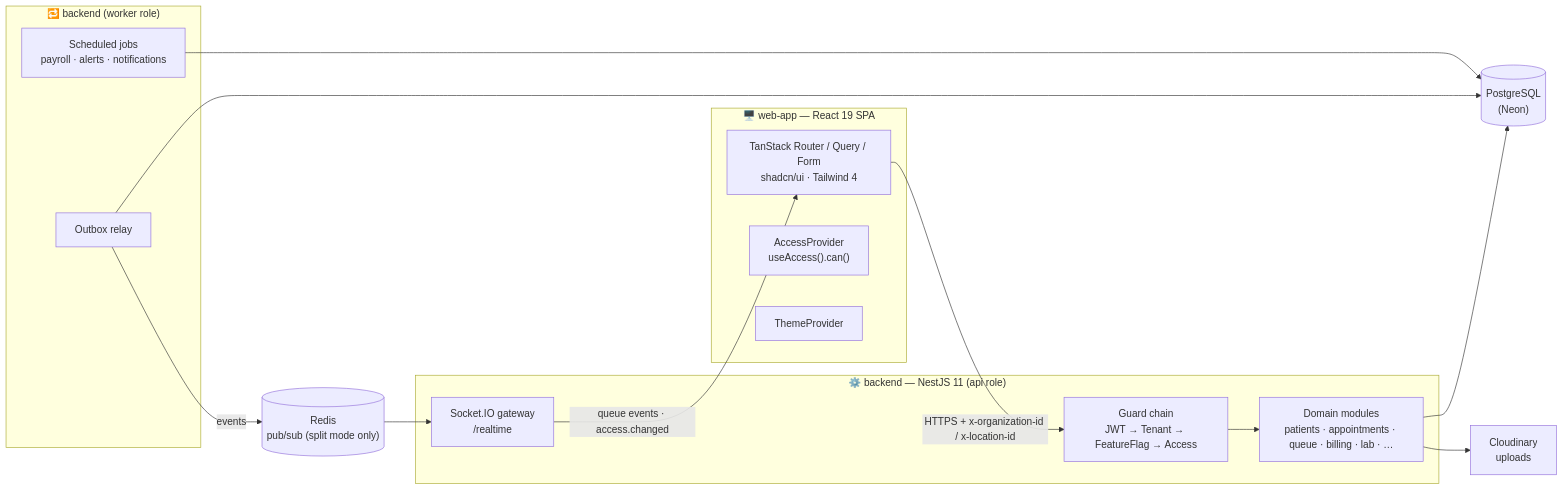
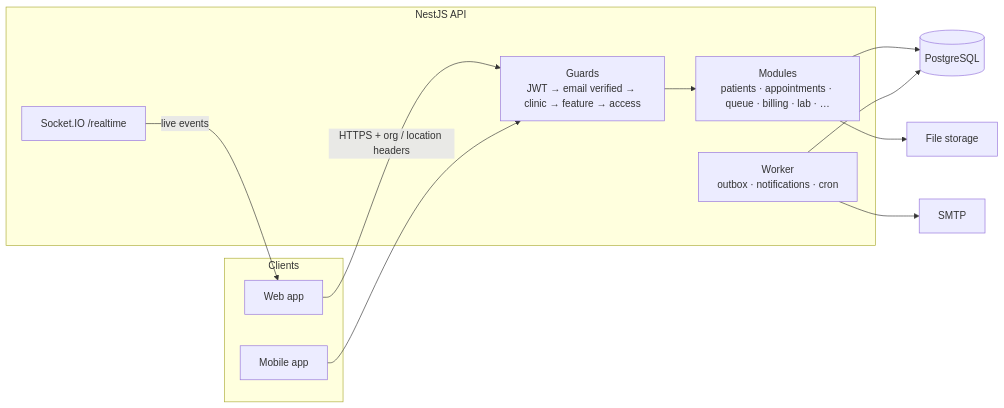
The first of 2 diagrams in README.md (moinuddin2004/cms), drawn with Mermaid before and after one commit. The commit also changed other lines of this file and 12 other files, not shown here.

````diff
--- a/README.md
+++ b/README.md
@@ -161,33 +203,27 @@
 ```mermaid
 flowchart LR
-    subgraph Client["🖥️ web-app — React 19 SPA"]
-        UI["TanStack Router / Query / Form<br/>shadcn/ui · Tailwind 4"]
-        ACC["AccessProvider<br/>useAccess().can()"]
-        THEME["ThemeProvider"]
+    subgraph Clients
+        WEB["Web app"]
+        MOB["Mobile app"]
     end
 
-    subgraph API["⚙️ backend — NestJS 11 (api role)"]
-        GUARDS["Guard chain<br/>JWT → Tenant → FeatureFlag → Access"]
-        MODS["Domain modules<br/>patients · appointments · queue · billing · lab · …"]
-        GW["Socket.IO gateway<br/>/realtime"]
+    subgraph API["NestJS API"]
+        GUARDS["Guards<br/>JWT → email verified → clinic → feature → access"]
+        MODS["Modules<br/>patients · appointments · queue · billing · lab · …"]
+        GW["Socket.IO /realtime"]
+        WORK["Worker<br/>outbox · notifications · cron"]
     end
 
-    subgraph Worker["🔁 backend (worker role)"]
-        RELAY["Outbox relay"]
-        CRON["Scheduled jobs<br/>payroll · alerts · notifications"]
-    end
+    DB[("PostgreSQL")]
+    FILES["File storage"]
+    SMTP["SMTP"]
 
-    DB[("PostgreSQL<br/>(Neon)")]
-    REDIS[("Redis<br/>pub/sub (split mode only)")]
-    CLOUD["Cloudinary<br/>uploads"]
-
-    UI -- "HTTPS + x-organization-id / x-location-id" --> GUARDS
+    WEB -- "HTTPS + org / location headers" --> GUARDS
+    MOB --> GUARDS
     GUARDS --> MODS
     MODS --> DB
-    MODS --> CLOUD
-    RELAY --> DB
-    RELAY -- events --> REDIS
-    REDIS --> GW
-    GW -- "queue events · access.changed" --> UI
-    CRON --> DB
+    MODS --> FILES
+    WORK --> DB
+    WORK --> SMTP
+    GW -- "live events" --> WEB
 ```
````
